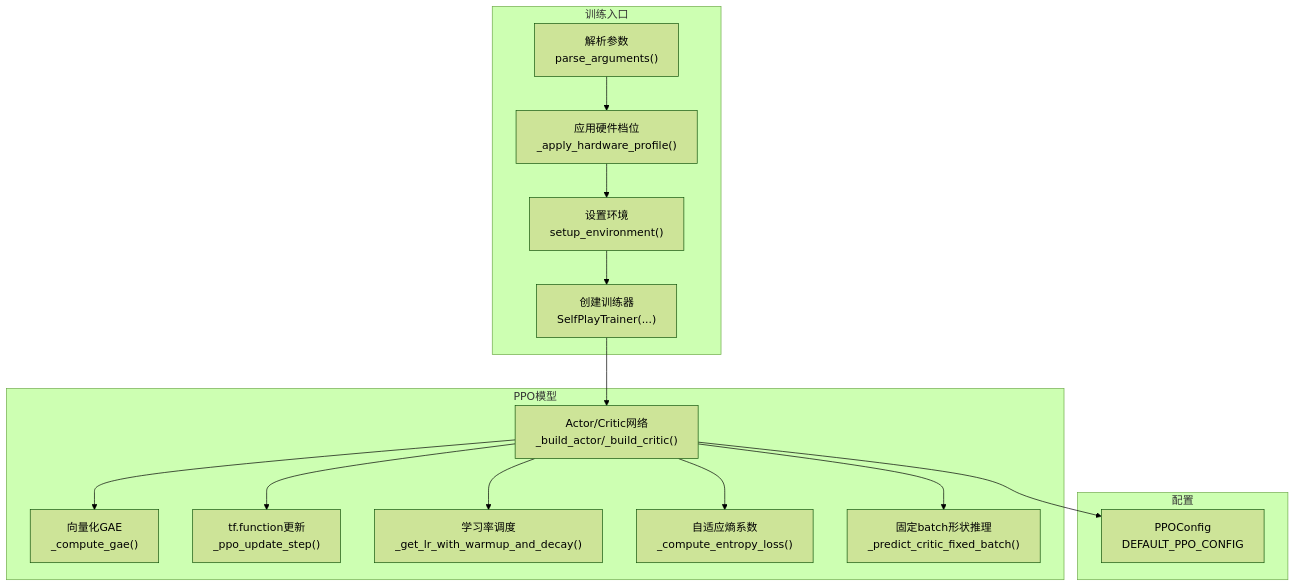
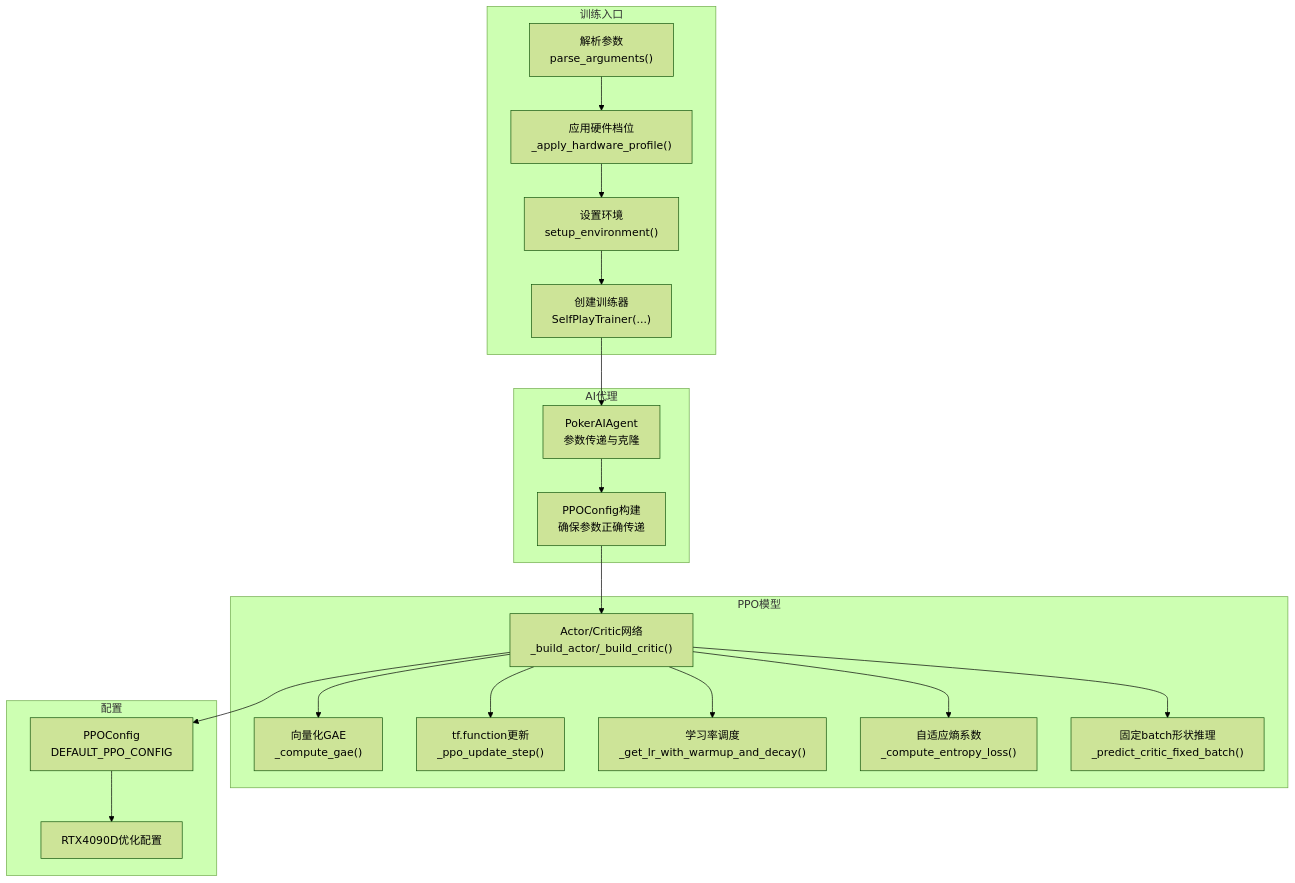
The second of 7 diagrams in .qoder/repowiki/zh/content/AI代理系统/PPO算法实现/优化特性与性能.md (xiaoguo1987/testonew06), drawn with Mermaid (forest theme) before and after one commit. The commit also changed other lines of this file and 12 other files, not shown here.

````diff
--- a/.qoder/repowiki/zh/content/AI代理系统/PPO算法实现/优化特性与性能.md
+++ b/.qoder/repowiki/zh/content/AI代理系统/PPO算法实现/优化特性与性能.md
@@ -83,28 +98,35 @@
 ```mermaid
 graph TB
 subgraph "训练入口"
 T1["解析参数<br/>parse_arguments()"]
 T2["应用硬件档位<br/>_apply_hardware_profile()"]
 T3["设置环境<br/>setup_environment()"]
 T4["创建训练器<br/>SelfPlayTrainer(...)"]
+end
+subgraph "AI代理"
+A1["PokerAIAgent<br/>参数传递与克隆"]
+A2["PPOConfig构建<br/>确保参数正确传递"]
 end
 subgraph "PPO模型"
 M1["Actor/Critic网络<br/>_build_actor/_build_critic()"]
 M2["向量化GAE<br/>_compute_gae()"]
 M3["tf.function更新<br/>_ppo_update_step()"]
 M4["学习率调度<br/>_get_lr_with_warmup_and_decay()"]
 M5["自适应熵系数<br/>_compute_entropy_loss()"]
 M6["固定batch形状推理<br/>_predict_critic_fixed_batch()"]
 end
 subgraph "配置"
 C1["PPOConfig<br/>DEFAULT_PPO_CONFIG"]
+C2["RTX4090D优化配置"]
 end
 T1 --> T2 --> T3 --> T4
-T4 --> M1
+T4 --> A1
+A1 --> A2 --> M1
 M1 --> M2
 M1 --> M3
 M1 --> M4
 M1 --> M5
 M1 --> M6
 M1 --> C1
+C1 --> C2
 ```
````
